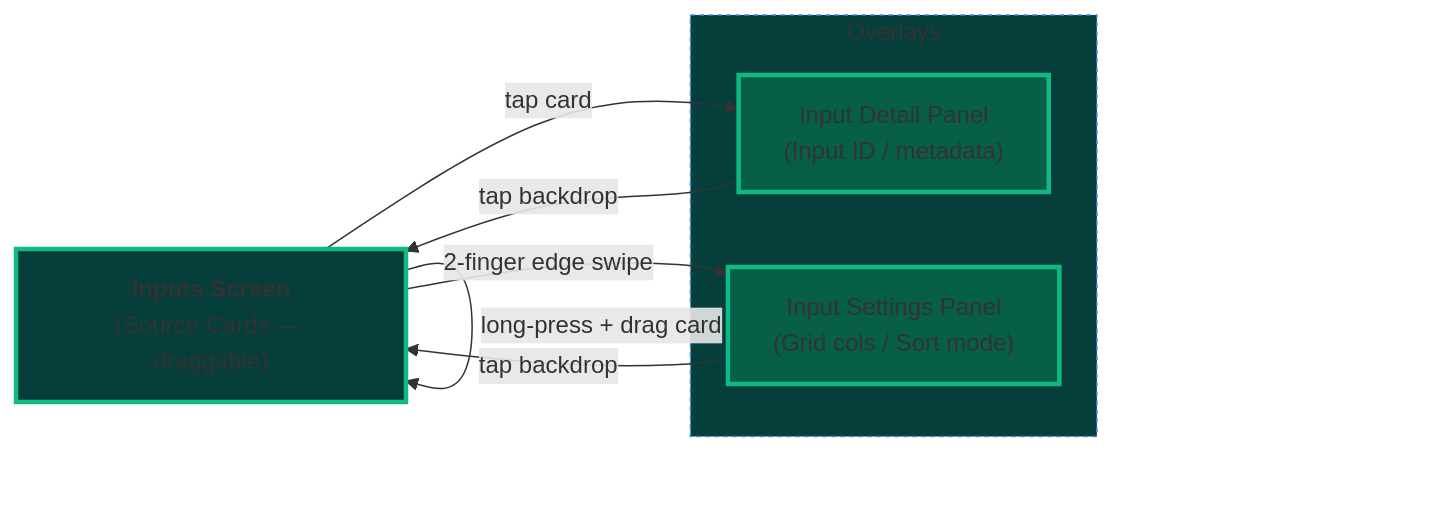
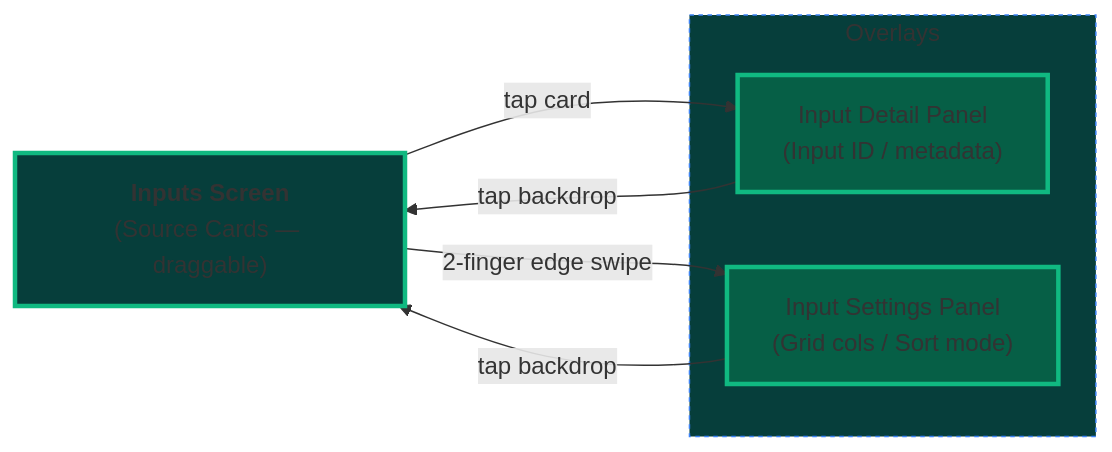
Before and after one commit to smelter-labs/smelter-editor: the third of 4 diagrams in mobile_app/README.md, drawn with Mermaid.

````diff
--- a/mobile_app/README.md
+++ b/mobile_app/README.md
@@ -95,23 +95,21 @@
 ```mermaid
 %%{init: {'flowchart': {'curve': 'basis'}} }%%
 flowchart LR
     Main["<b>Inputs Screen</b><br/>(Source Cards — draggable)"]
 
     subgraph Overlays ["Overlays"]
         Panel["Input Detail Panel<br/>(Input ID / metadata)"]
         Settings["Input Settings Panel<br/>(Grid cols / Sort mode)"]
     end
 
     Main -->|"tap card"| Panel
     Panel -->|"tap backdrop"| Main
 
     Main -->|"2-finger edge swipe"| Settings
     Settings -->|"tap backdrop"| Main
 
-    Main -->|"long-press + drag card"| Main
-
     style Main fill:#063E3B,stroke:#10B981,stroke-width:3px
     style Panel fill:#065F46,stroke:#10B981,stroke-width:3px
     style Settings fill:#065F46,stroke:#10B981,stroke-width:3px
     style Overlays fill:#063E3B,stroke:#3b82f6,stroke-dasharray: 3 3
 ```
````
